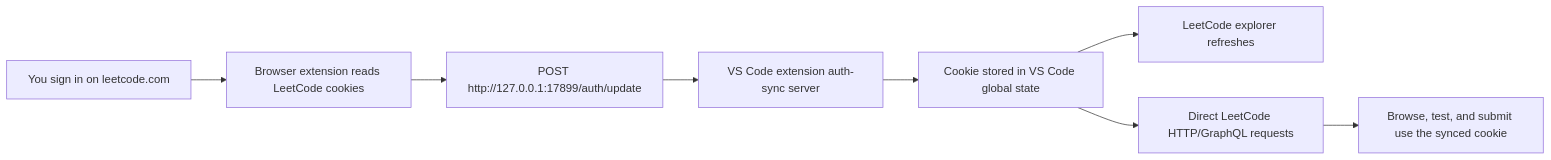
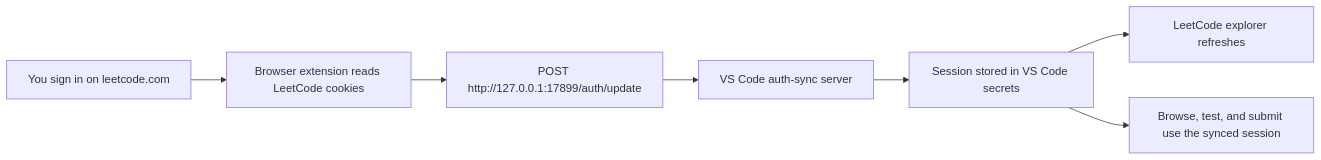
The diagram in README.md (wilmtang/leetcode-vscode-authy), drawn with Mermaid before and after one commit. The commit also changed other lines of this file and 3 other files, not shown here.

````diff
--- a/README.md
+++ b/README.md
@@ -120,10 +86,9 @@
 ```mermaid
 flowchart LR
     A["You sign in on leetcode.com"] --> B["Browser extension reads LeetCode cookies"]
     B --> C["POST http://127.0.0.1:17899/auth/update"]
-    C --> D["VS Code extension auth-sync server"]
-    D --> E["Cookie stored in VS Code global state"]
+    C --> D["VS Code auth-sync server"]
+    D --> E["Session stored in VS Code secrets"]
     E --> F["LeetCode explorer refreshes"]
-    E --> G["Direct LeetCode HTTP/GraphQL requests"]
-    G --> H["Browse, test, and submit use the synced cookie"]
+    E --> G["Browse, test, and submit use the synced session"]
 ```
````
